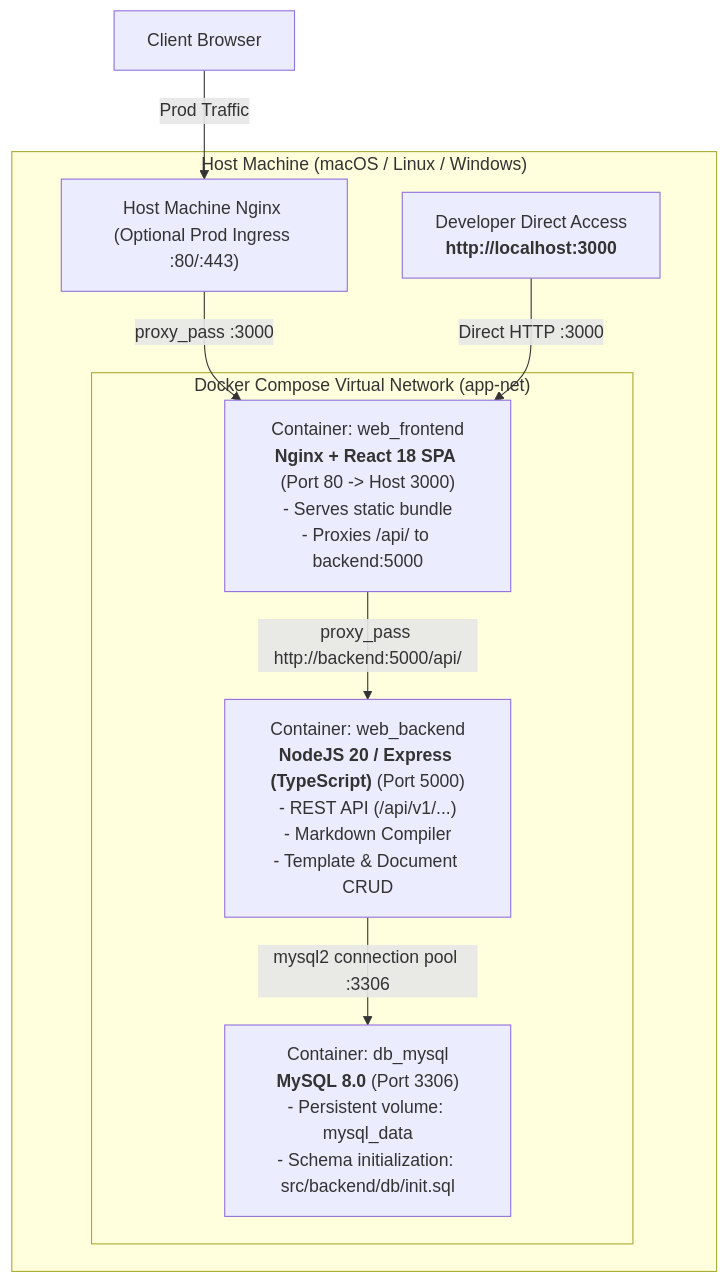
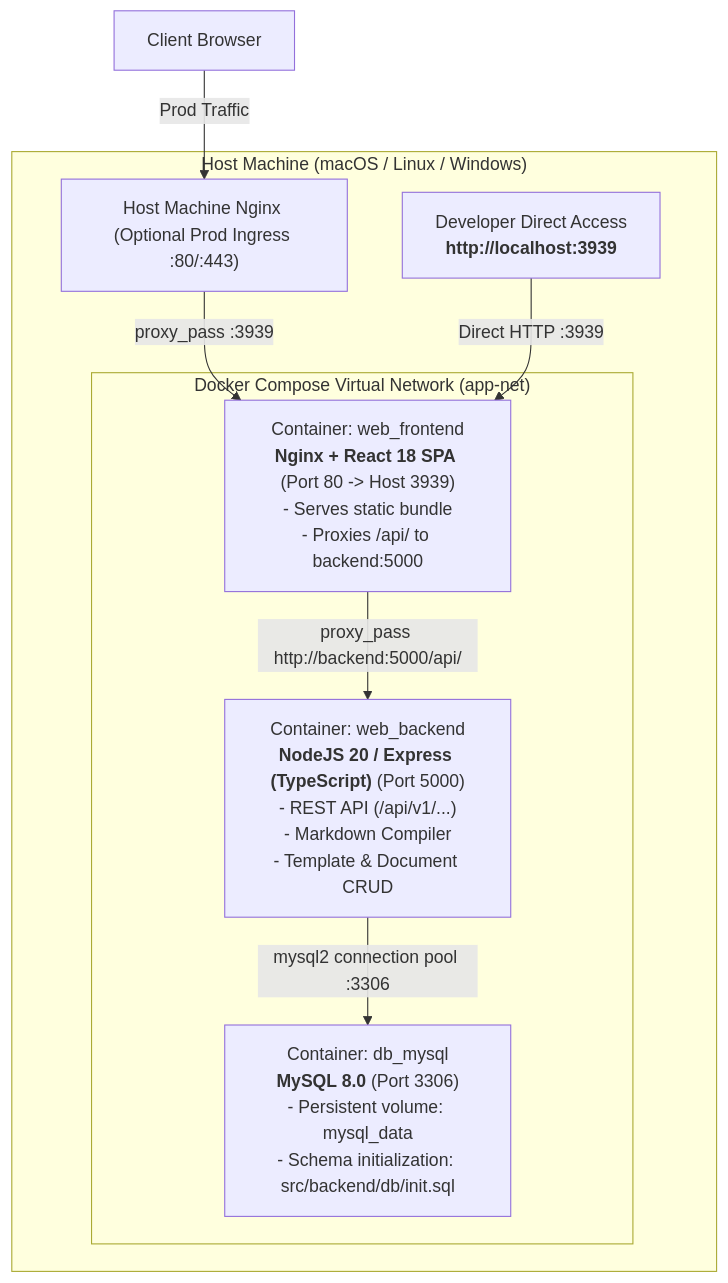
Before and after one commit to ISSI-Lab/documentation: the diagram in docs/tasks/handoffs/2026-09-11-cross-machine-development-guide.md, drawn with Mermaid. The commit also changed other lines of this file and 24 other files, not shown here.

````diff
--- a/docs/tasks/handoffs/2026-09-11-cross-machine-development-guide.md
+++ b/docs/tasks/handoffs/2026-09-11-cross-machine-development-guide.md
@@ -41,21 +41,21 @@
 ```mermaid
 graph TD
     Client["Client Browser"]
     
     subgraph HostMachine["Host Machine (macOS / Linux / Windows)"]
         HostNginx["Host Machine Nginx (Optional Prod Ingress :80/:443)"]
-        DevUser["Developer Direct Access<br/><b>http://localhost:3000</b>"]
+        DevUser["Developer Direct Access<br/><b>http://localhost:3939</b>"]
         
         subgraph DockerCompose["Docker Compose Virtual Network (app-net)"]
-            Frontend["Container: web_frontend<br/><b>Nginx + React 18 SPA</b> (Port 80 -> Host 3000)<br/>- Serves static bundle<br/>- Proxies /api/ to backend:5000"]
+            Frontend["Container: web_frontend<br/><b>Nginx + React 18 SPA</b> (Port 80 -> Host 3939)<br/>- Serves static bundle<br/>- Proxies /api/ to backend:5000"]
             Backend["Container: web_backend<br/><b>NodeJS 20 / Express (TypeScript)</b> (Port 5000)<br/>- REST API (/api/v1/...)<br/>- Markdown Compiler<br/>- Template & Document CRUD"]
             Database["Container: db_mysql<br/><b>MySQL 8.0</b> (Port 3306)<br/>- Persistent volume: mysql_data<br/>- Schema initialization: src/backend/db/init.sql"]
         end
     end
 
     Client -->|Prod Traffic| HostNginx
-    HostNginx -->|proxy_pass :3000| Frontend
-    DevUser -->|Direct HTTP :3000| Frontend
+    HostNginx -->|proxy_pass :3939| Frontend
+    DevUser -->|Direct HTTP :3939| Frontend
     Frontend -->|proxy_pass http://backend:5000/api/| Backend
     Backend -->|mysql2 connection pool :3306| Database
 ```
````
